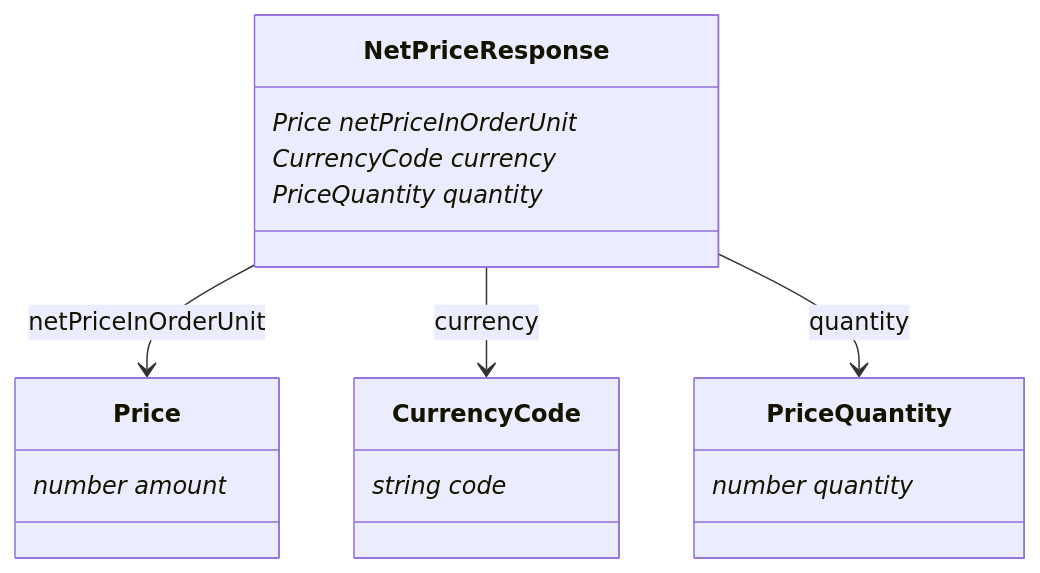
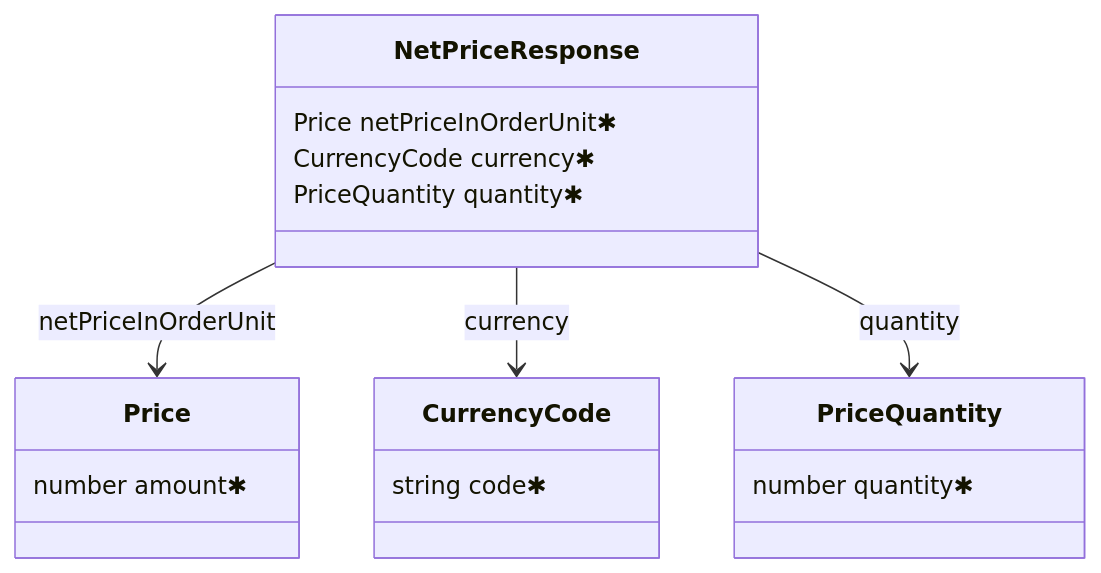
Before and after one commit to 2BABV/product-data-openapi: the second of 4 diagrams in openapi/apis/netprice/README.TODO.md, drawn with Mermaid. The commit also changed other lines of this file and 2 other files, not shown here.

````diff
--- a/openapi/apis/netprice/README.TODO.md
+++ b/openapi/apis/netprice/README.TODO.md
@@ -64,24 +64,24 @@
 ```mermaid
 classDiagram
     class NetPriceResponse {
-        Price netPriceInOrderUnit*
-        CurrencyCode currency*
-        PriceQuantity quantity*
+        Price netPriceInOrderUnit✱
+        CurrencyCode currency✱
+        PriceQuantity quantity✱
     }
     
     class Price {
-        number amount*
+        number amount✱
     }
     
     class PriceQuantity {
-        number quantity*
+        number quantity✱
     }
     
     class CurrencyCode {
-        string code*
+        string code✱
     }
     
     NetPriceResponse --> Price : netPriceInOrderUnit
     NetPriceResponse --> CurrencyCode : currency
     NetPriceResponse --> PriceQuantity : quantity
 ```
````
